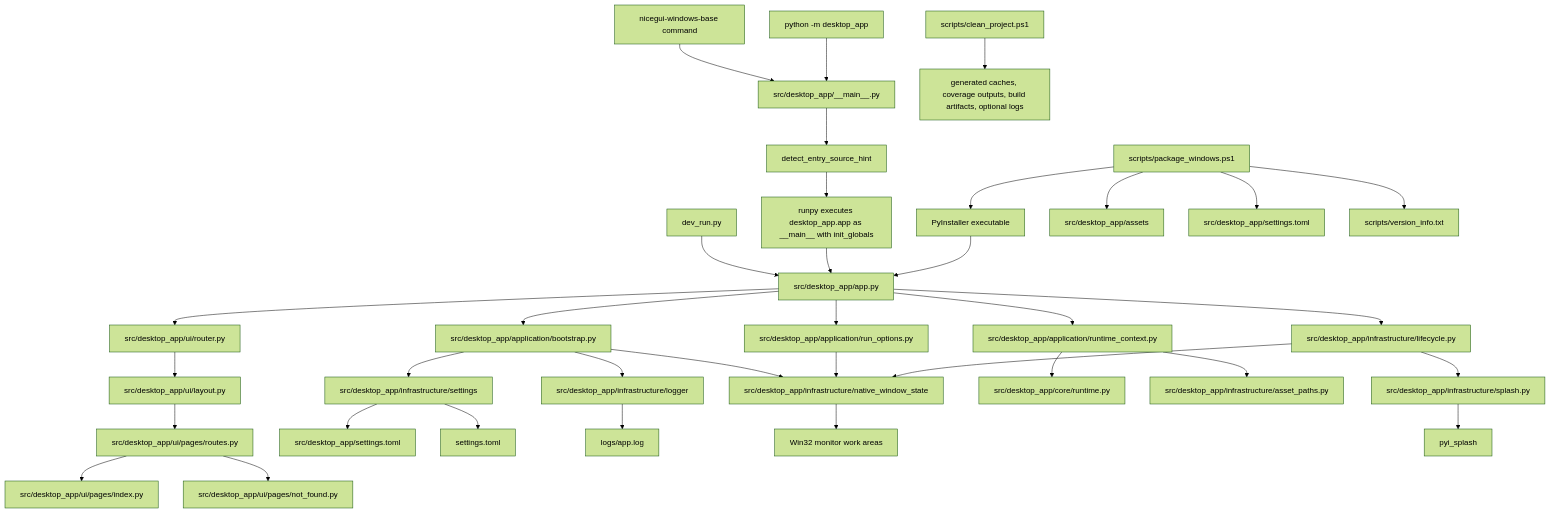
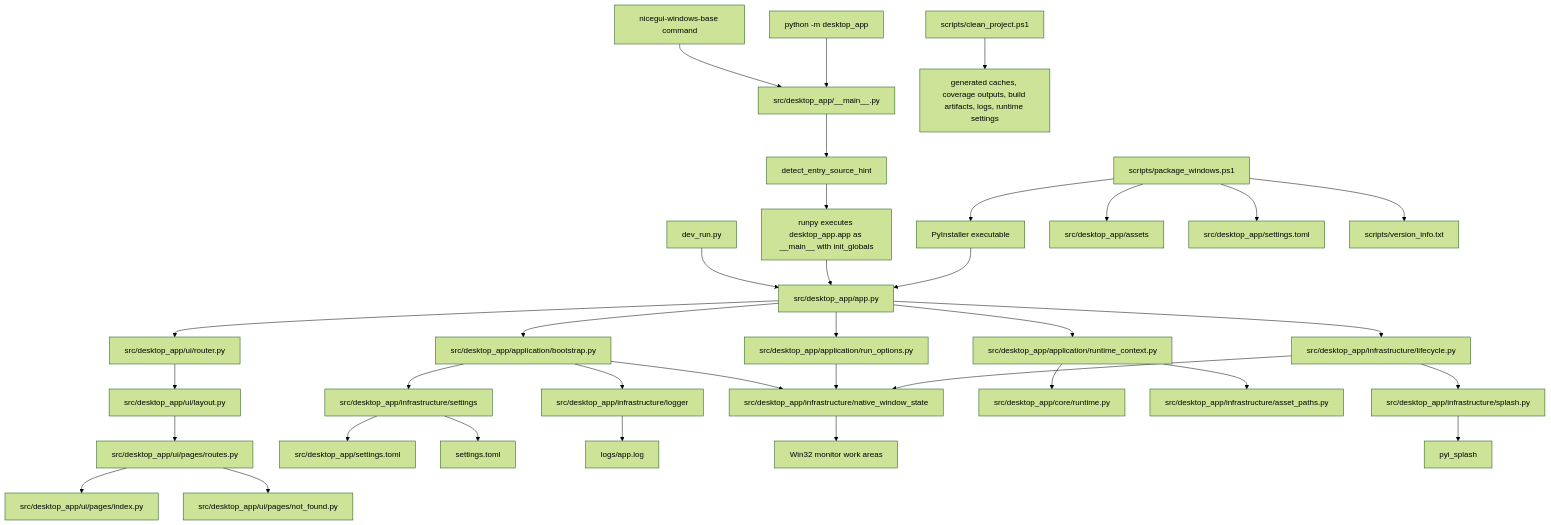
Before and after one commit to Fonze81/NiceGui-Windows-Base: the first of 5 diagrams in docs/architecture.md, drawn with Mermaid (forest theme). The commit also changed other lines of this file and 4 other files, not shown here.

First line of the commit message:
chore(cleanup): remove runtime logs and settings by default

````diff
--- a/docs/architecture.md
+++ b/docs/architecture.md
@@ -28,42 +28,42 @@
 ```mermaid
 flowchart TD
     A[dev_run.py] --> B[src/desktop_app/app.py]
     C[nicegui-windows-base command] --> D[src/desktop_app/__main__.py]
     E[python -m desktop_app] --> D
     D --> ESH[detect_entry_source_hint]
     ESH --> AA[runpy executes desktop_app.app as __main__ with init_globals]
     AA --> B
     F[PyInstaller executable] --> B
 
     B --> G[src/desktop_app/application/bootstrap.py]
     B --> H[src/desktop_app/application/runtime_context.py]
     B --> I[src/desktop_app/application/run_options.py]
     B --> J[src/desktop_app/ui/router.py]
     B --> K[src/desktop_app/infrastructure/lifecycle.py]
 
     J --> L[src/desktop_app/ui/layout.py]
     L --> M[src/desktop_app/ui/pages/routes.py]
     M --> N[src/desktop_app/ui/pages/index.py]
     M --> O[src/desktop_app/ui/pages/not_found.py]
 
     G --> P[src/desktop_app/infrastructure/settings]
     G --> Q[src/desktop_app/infrastructure/logger]
     G --> R[src/desktop_app/infrastructure/native_window_state]
     H --> S[src/desktop_app/core/runtime.py]
     H --> T[src/desktop_app/infrastructure/asset_paths.py]
     I --> R
     K --> U[src/desktop_app/infrastructure/splash.py]
     K --> R
 
     P --> V[src/desktop_app/settings.toml]
     P --> W[settings.toml]
     Q --> X[logs/app.log]
     R --> Y[Win32 monitor work areas]
     U --> Z[pyi_splash]
 
     PKG[scripts/package_windows.ps1] --> F
     PKG --> AB[src/desktop_app/assets]
     PKG --> AC[src/desktop_app/settings.toml]
     PKG --> AD[scripts/version_info.txt]
-    CLN[scripts/clean_project.ps1] --> OUT[generated caches, coverage outputs, build artifacts, optional logs]
+    CLN[scripts/clean_project.ps1] --> OUT[generated caches, coverage outputs, build artifacts, logs, runtime settings]
 ```
````
